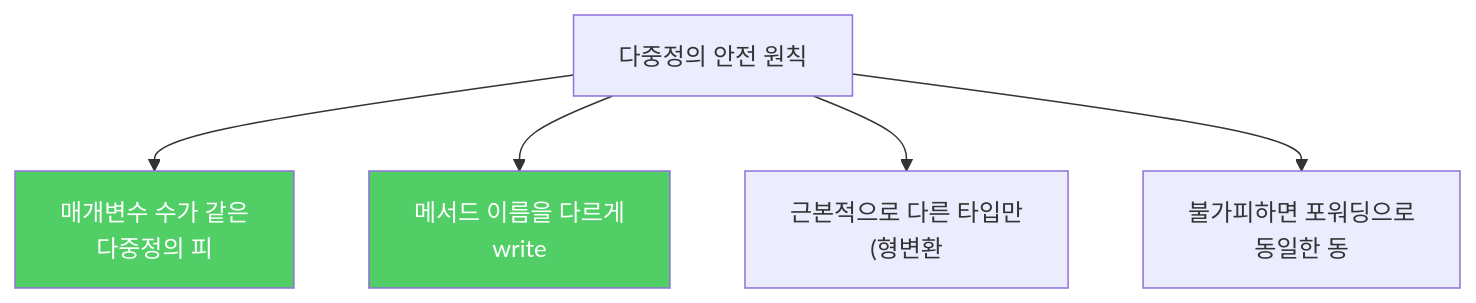
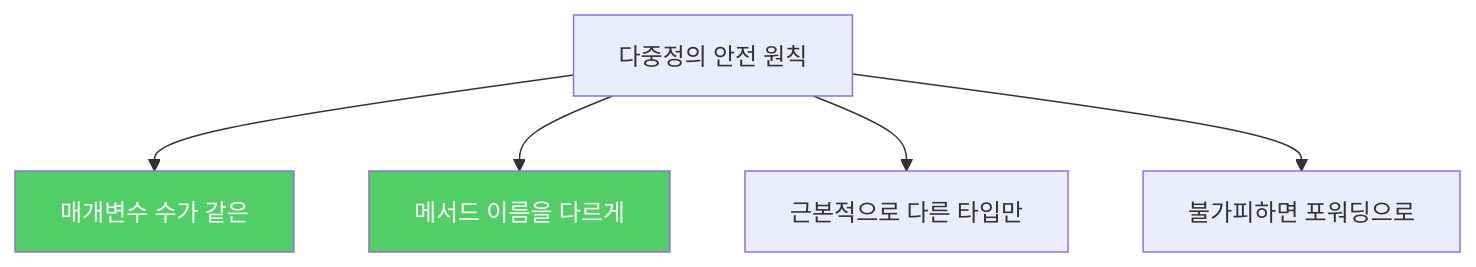
Before and after one commit to yjkim2015/yjkim2015.github.io: the second of 2 diagrams in _posts/java/2022-02-03-effective-java52.md, drawn with Mermaid. The commit also changed other lines of this file and 217 other files, not shown here.

First line of the commit message:
Mermaid 크기 수정: useMaxWidth:true + SVG max-width:100% + 라벨 축소

````diff
--- a/_posts/java/2022-02-03-effective-java52.md
+++ b/_posts/java/2022-02-03-effective-java52.md
@@ -114,9 +114,9 @@
 ```mermaid
 graph TD
-    A["다중정의 안전 원칙"] --> B["매개변수 수가 같은\n다중정의 피"]
-    A --> C["메서드 이름을 다르게\nwrite"]
-    A --> D["근본적으로 다른 타입만\n(형변환"]
-    A --> E["불가피하면 포워딩으로\n동일한 동"]
+    A["다중정의 안전 원칙"] --> B["매개변수 수가 같은"]
+    A --> C["메서드 이름을 다르게"]
+    A --> D["근본적으로 다른 타입만"]
+    A --> E["불가피하면 포워딩으로"]
     style B fill:#51cf66,color:#fff
     style C fill:#51cf66,color:#fff
 ```
````
